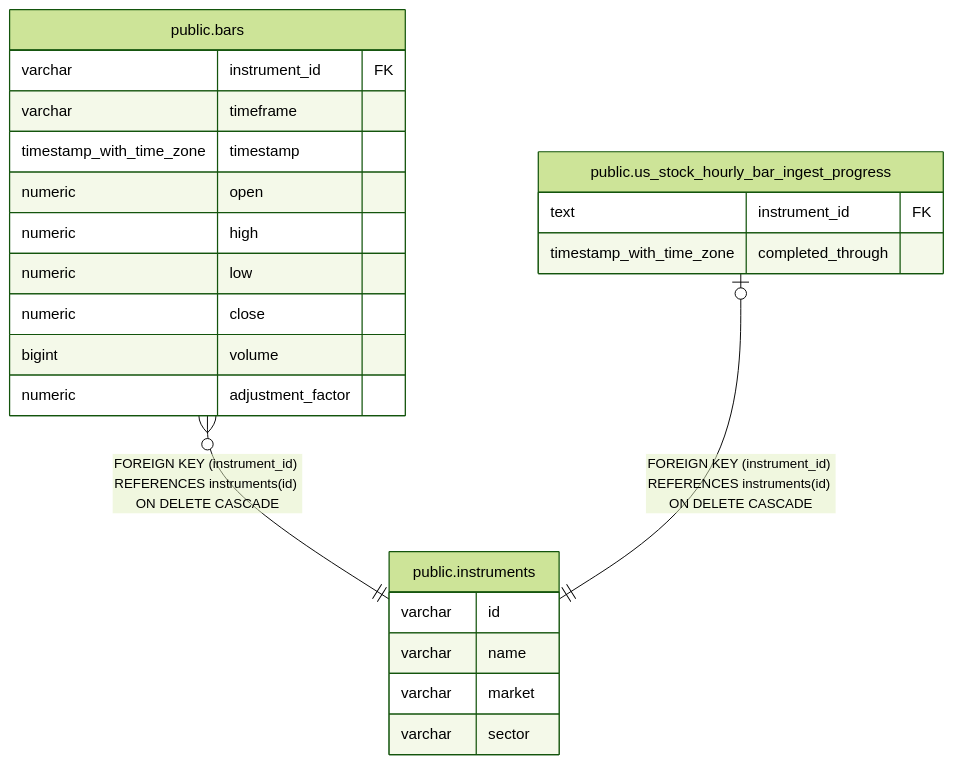
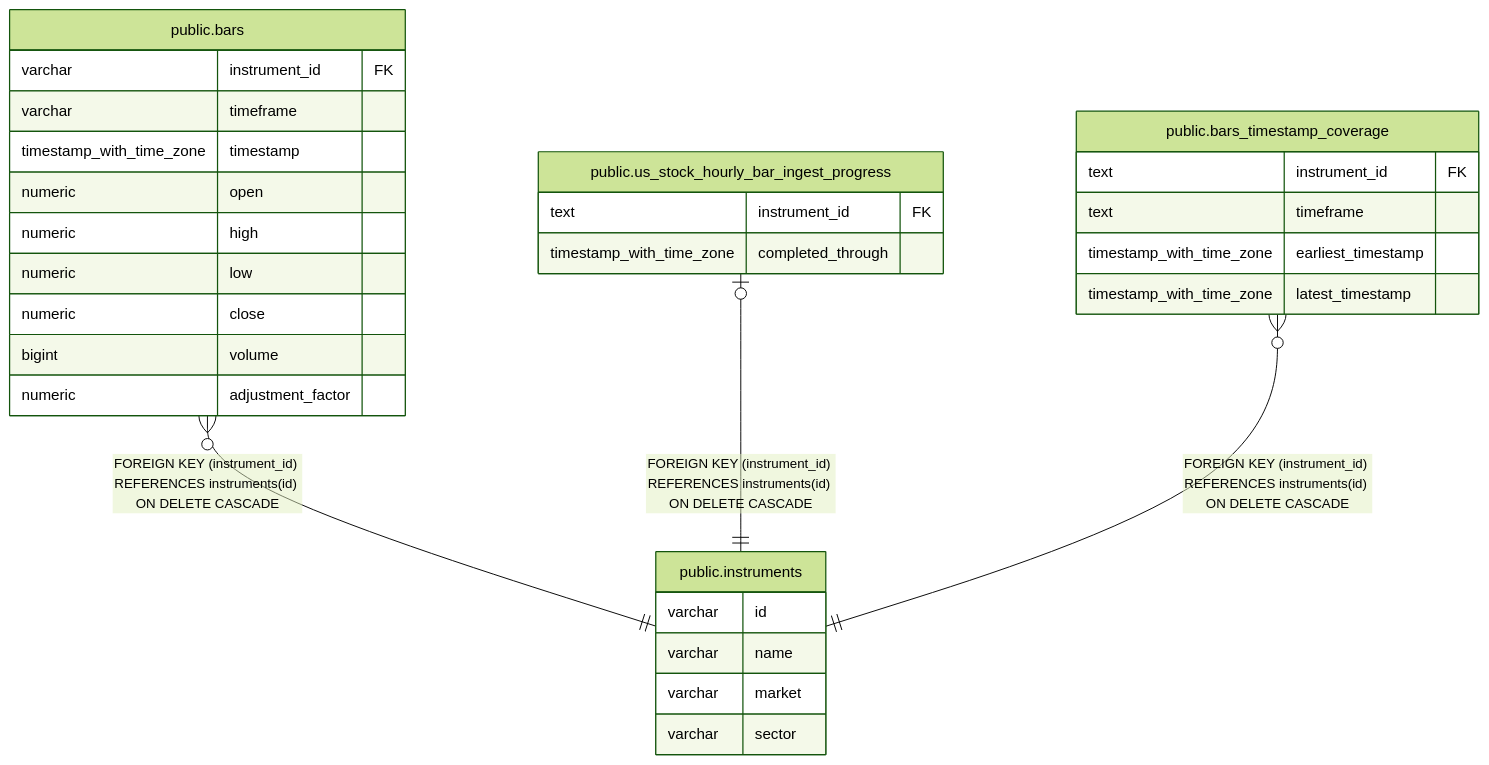
Before and after one commit to fohte/t-rader: the diagram in backend/docs/db/public.instruments.md, drawn with Mermaid (forest theme). The commit also changed other lines of this file and 1 other file, not shown here.

````diff
--- a/backend/docs/db/public.instruments.md
+++ b/backend/docs/db/public.instruments.md
@@ -31,28 +31,35 @@
 ```mermaid
 erDiagram
 
 "public.bars" }o--|| "public.instruments" : "FOREIGN KEY (instrument_id) REFERENCES instruments(id) ON DELETE CASCADE"
 "public.us_stock_hourly_bar_ingest_progress" |o--|| "public.instruments" : "FOREIGN KEY (instrument_id) REFERENCES instruments(id) ON DELETE CASCADE"
+"public.bars_timestamp_coverage" }o--|| "public.instruments" : "FOREIGN KEY (instrument_id) REFERENCES instruments(id) ON DELETE CASCADE"
 
 "public.instruments" {
   varchar id
   varchar name
   varchar market
   varchar sector
 }
 "public.bars" {
   varchar instrument_id FK
   varchar timeframe
   timestamp_with_time_zone timestamp
   numeric open
   numeric high
   numeric low
   numeric close
   bigint volume
   numeric adjustment_factor
 }
 "public.us_stock_hourly_bar_ingest_progress" {
   text instrument_id FK
   timestamp_with_time_zone completed_through
 }
+"public.bars_timestamp_coverage" {
+  text instrument_id FK
+  text timeframe
+  timestamp_with_time_zone earliest_timestamp
+  timestamp_with_time_zone latest_timestamp
+}
 ```
````
